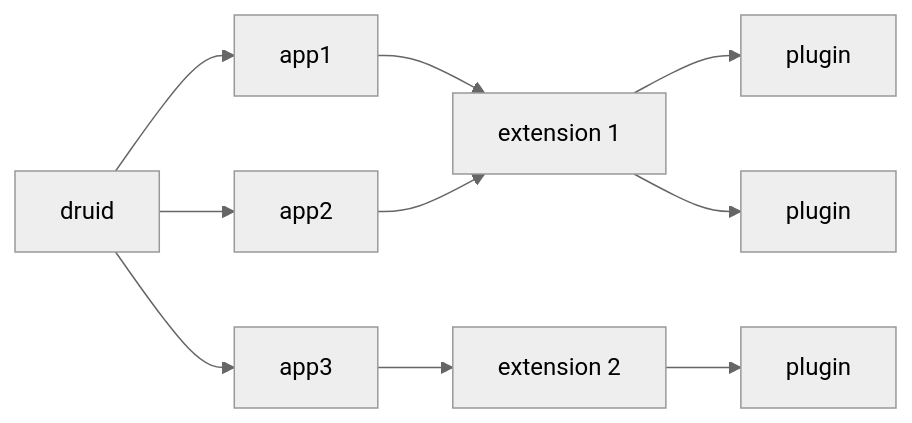
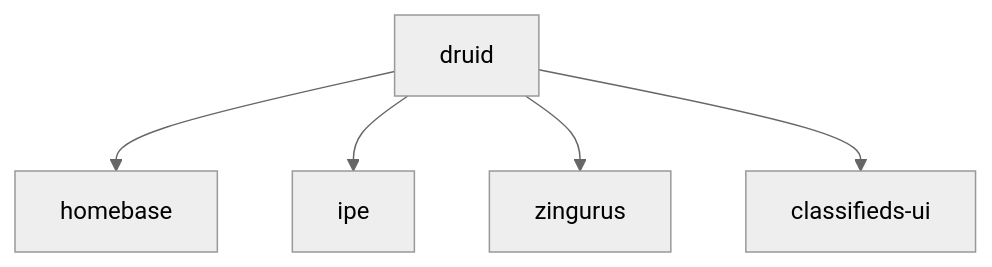
Before and after one commit to rollthecloudinc/quell: the diagram in architecture/ecosystem/README.md, drawn with Mermaid (neutral theme). The commit also changed other lines of this file, not shown here.

````diff
--- a/architecture/ecosystem/README.md
+++ b/architecture/ecosystem/README.md
@@ -1,12 +4,7 @@
 ```mermaid
-flowchart LR
-druid[druid]-->app1[app1];
-druid-->app2[app2];
-druid-->app3[app3];
-app1-->ext1[extension 1]
-app2-->ext1
-app3-->ext2[extension 2]
-ext1-->p1[plugin]
-ext1-->p2[plugin]
-ext2-->p3[plugin]
+flowchart TB
+druid-->homebase[homebase]
+druid[druid]-->ipe[ipe];
+druid-->zingurus[zingurus]
+druid-->classifieds-ui[classifieds-ui]
 ```
````
